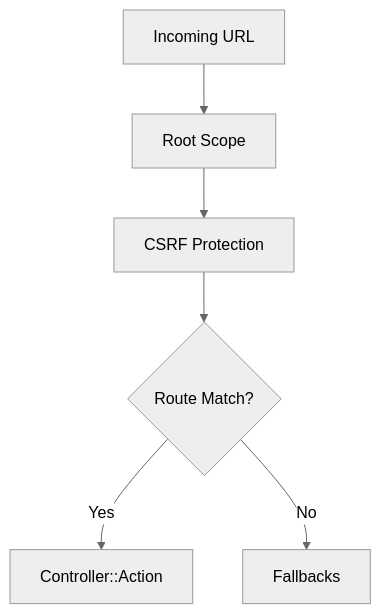
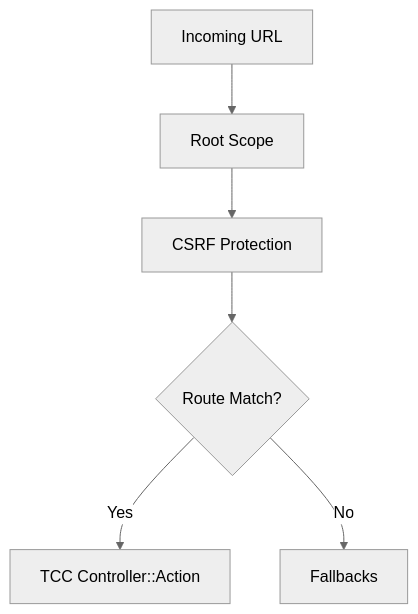
One commit to luiseduacosta/tcc4 changed the fourth of 10 diagrams in .qoder/repowiki/en/content/Architecture Overview/Architecture Overview.md. Above: the diagram before and after it, drawn with Mermaid (neutral theme). The commit also changed other lines of this file and 101 other files, not shown here.

````diff
--- a/.qoder/repowiki/en/content/Architecture Overview/Architecture Overview.md
+++ b/.qoder/repowiki/en/content/Architecture Overview/Architecture Overview.md
@@ -162,8 +165,8 @@
 ```mermaid
 flowchart TD
 Req["Incoming URL"] --> Scope["Root Scope"]
 Scope --> CSRF["CSRF Protection"]
 CSRF --> Match{"Route Match?"}
-Match --> |Yes| CtrlAct["Controller::Action"]
+Match --> |Yes| CtrlAct["TCC Controller::Action"]
 Match --> |No| Fallback["Fallbacks"]
 ```
````
